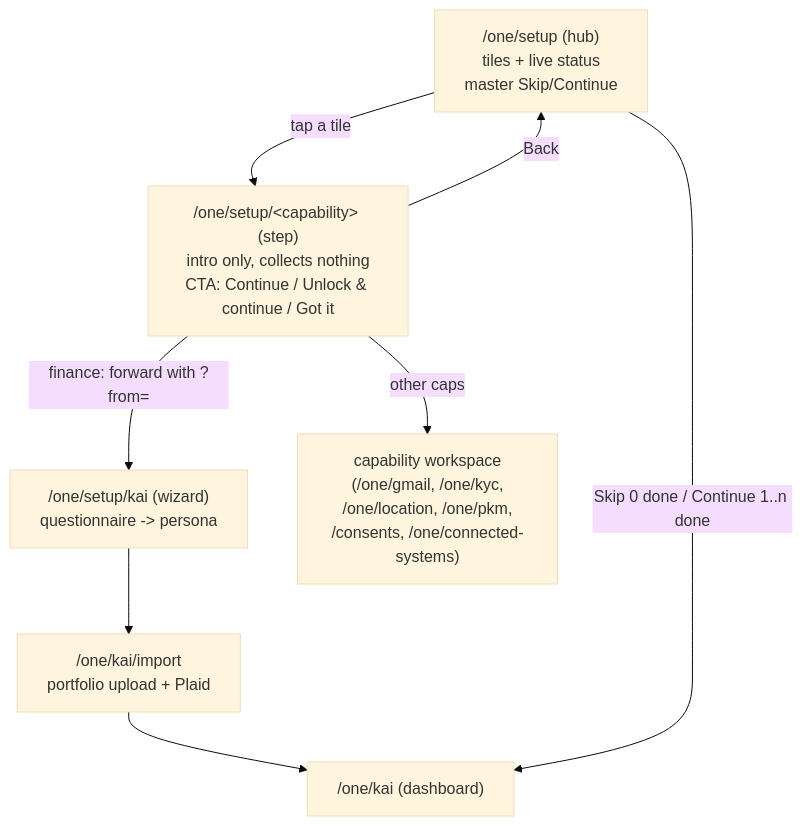
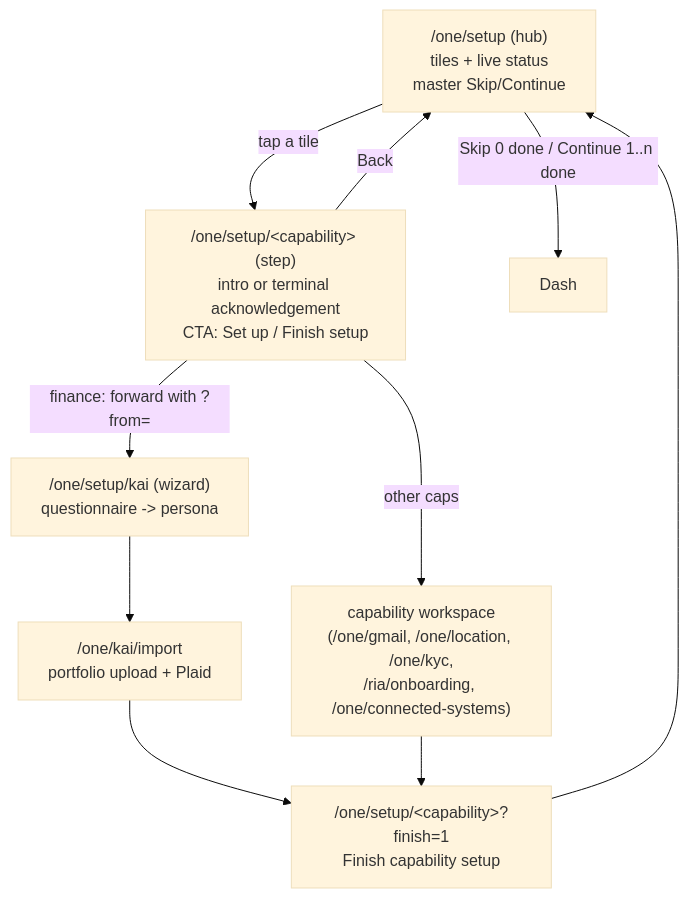
The first of 2 diagrams in docs/reference/quality/one-onboarding-architecture.md (hushh-labs/hushh-research), drawn with Mermaid (base theme) before and after one commit. The commit also changed other lines of this file and 97 other files, not shown here.

````diff
--- a/docs/reference/quality/one-onboarding-architecture.md
+++ b/docs/reference/quality/one-onboarding-architecture.md
@@ -29,16 +29,17 @@
 ```mermaid
 flowchart TD
   Hub["/one/setup (hub)\ntiles + live status\nmaster Skip/Continue"]
-  Step["/one/setup/&lt;capability&gt; (step)\nintro only, collects nothing\nCTA: Continue / Unlock & continue / Got it"]
+  Step["/one/setup/&lt;capability&gt; (step)\nintro or terminal acknowledgement\nCTA: Set up / Finish setup"]
   Wizard["/one/setup/kai (wizard)\nquestionnaire -> persona"]
   Import["/one/kai/import\nportfolio upload + Plaid"]
-  Dash["/one/kai (dashboard)"]
-  Dest["capability workspace\n(/one/gmail, /one/kyc,\n/one/location, /one/pkm,\n/consents, /one/connected-systems)"]
+  Finish["/one/setup/&lt;capability&gt;?finish=1\nFinish capability setup"]
+  Dest["capability workspace\n(/one/gmail, /one/location, /one/kyc,\n/ria/onboarding, /one/connected-systems)"]
 
   Hub -->|tap a tile| Step
   Step -->|finance: forward with ?from=| Wizard
-  Wizard --> Import --> Dash
-  Step -->|other caps| Dest
+  Wizard --> Import --> Finish
+  Step -->|other caps| Dest --> Finish
+  Finish --> Hub
   Step -->|Back| Hub
   Hub -->|Skip 0 done / Continue 1..n done| Dash
 ```
````
